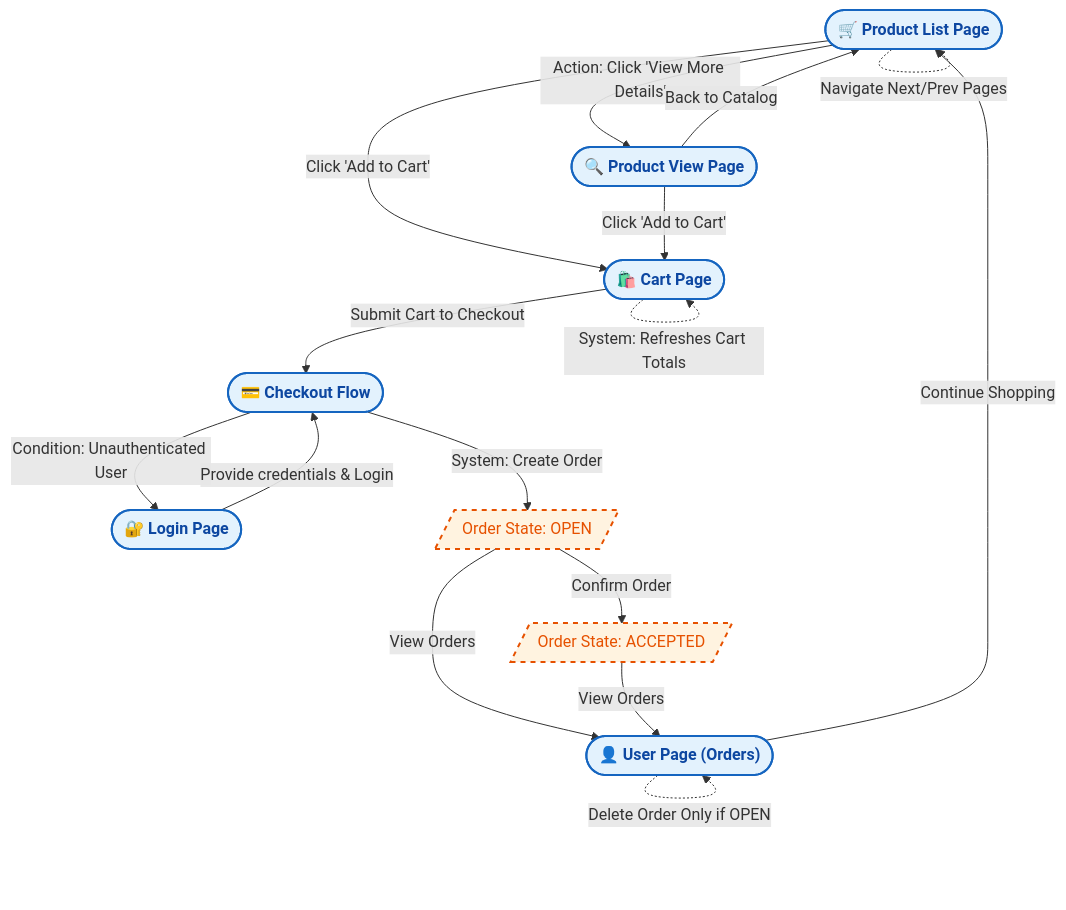
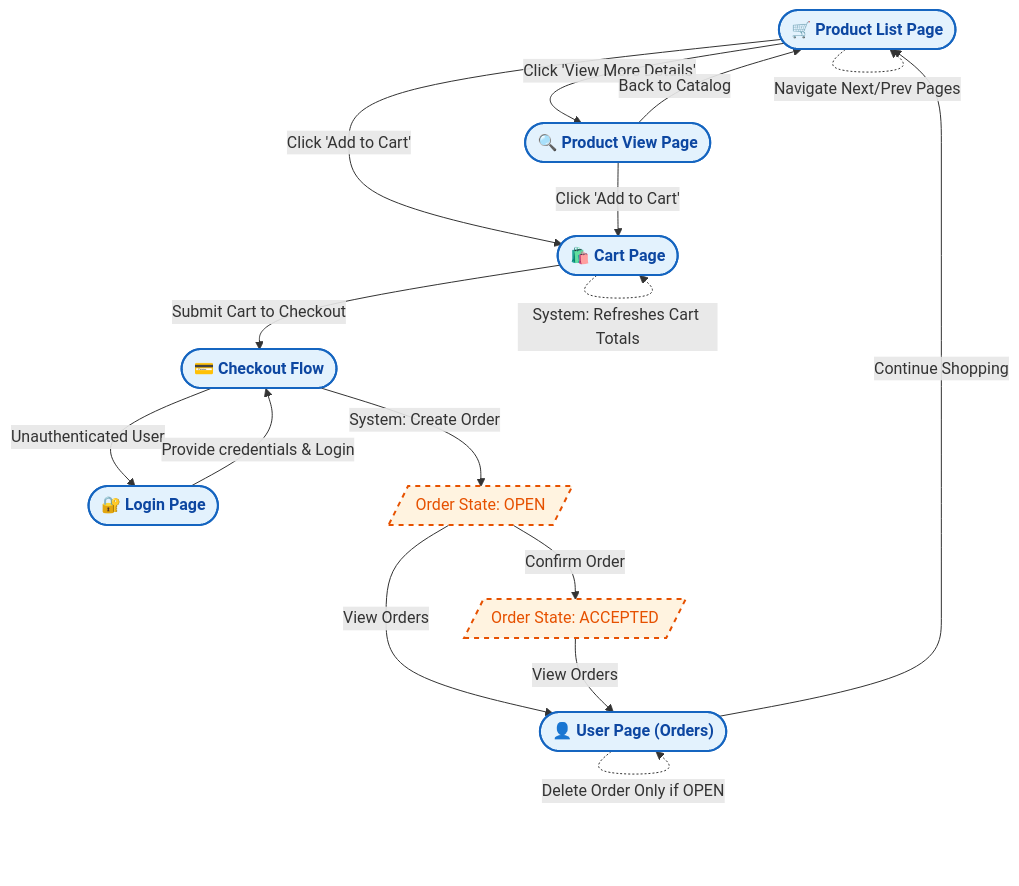
One commit to yekoshy/QA_testing_track changed the diagram in ProductJourney.md. Above: the diagram before and after it, drawn with Mermaid.

Commit message:
Fix formatting in ProductJourney.md flowchart

````diff
--- a/ProductJourney.md
+++ b/ProductJourney.md
@@ -2,34 +2,34 @@
 ```mermaid
 ---
 config:
   layout: dagre
 ---
 flowchart TB
-    PLP(["🛒 Product List Page"]) -- Action: Click 'View More Details' --> PVP(["🔍 Product View Page"])
+    PLP(["🛒 Product List Page"]) -- Click 'View More Details' --> PVP(["🔍 Product View Page"])
     PVP -- Back to Catalog --> PLP
     PLP -. Navigate Next/Prev Pages .-> PLP
     PLP -- Click 'Add to Cart' --> CP(["🛍️ Cart Page"])
     PVP -- Click 'Add to Cart' --> CP
     CP -. Adjust Item Quantity .-> CP
     CP -. System: Refreshes Cart Totals .-> CP
     CP -- Submit Cart to Checkout --> CO(["💳 Checkout Flow"])
-    CO -- Condition: Unauthenticated User --> LP(["🔐 Login Page"])
+    CO -- Unauthenticated User --> LP(["🔐 Login Page"])
     LP -- Provide credentials & Login --> CO
     CO -- System: Create Order --> StateOpen[/"Order State: OPEN"/]
     StateOpen -- Confirm Order --> StateAccepted[/"Order State: ACCEPTED"/]
     StateOpen -- View Orders --> UP(["👤 User Page (Orders)"])
     StateAccepted -- View Orders --> UP
     UP -. Delete Order Only if OPEN .-> UP
     UP -- Continue Shopping --> PLP
 
      PLP:::page
      PVP:::page
      CP:::page
      CO:::page
      LP:::page
      StateOpen:::system
      StateAccepted:::system
      UP:::page
     classDef page fill:#E3F2FD,stroke:#1565C0,stroke-width:2px,color:#0D47A1,font-weight:bold
     classDef system fill:#FFF3E0,stroke:#E65100,stroke-width:2px,stroke-dasharray:5 5,color:#E65100
 ```
````
